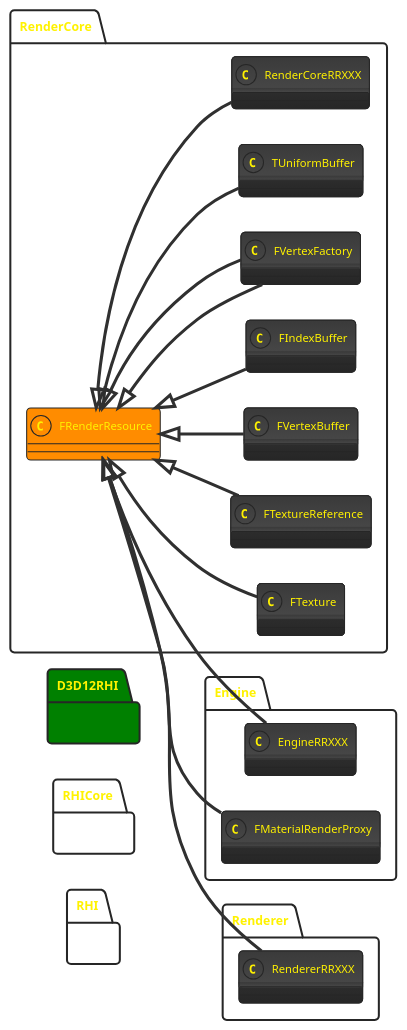
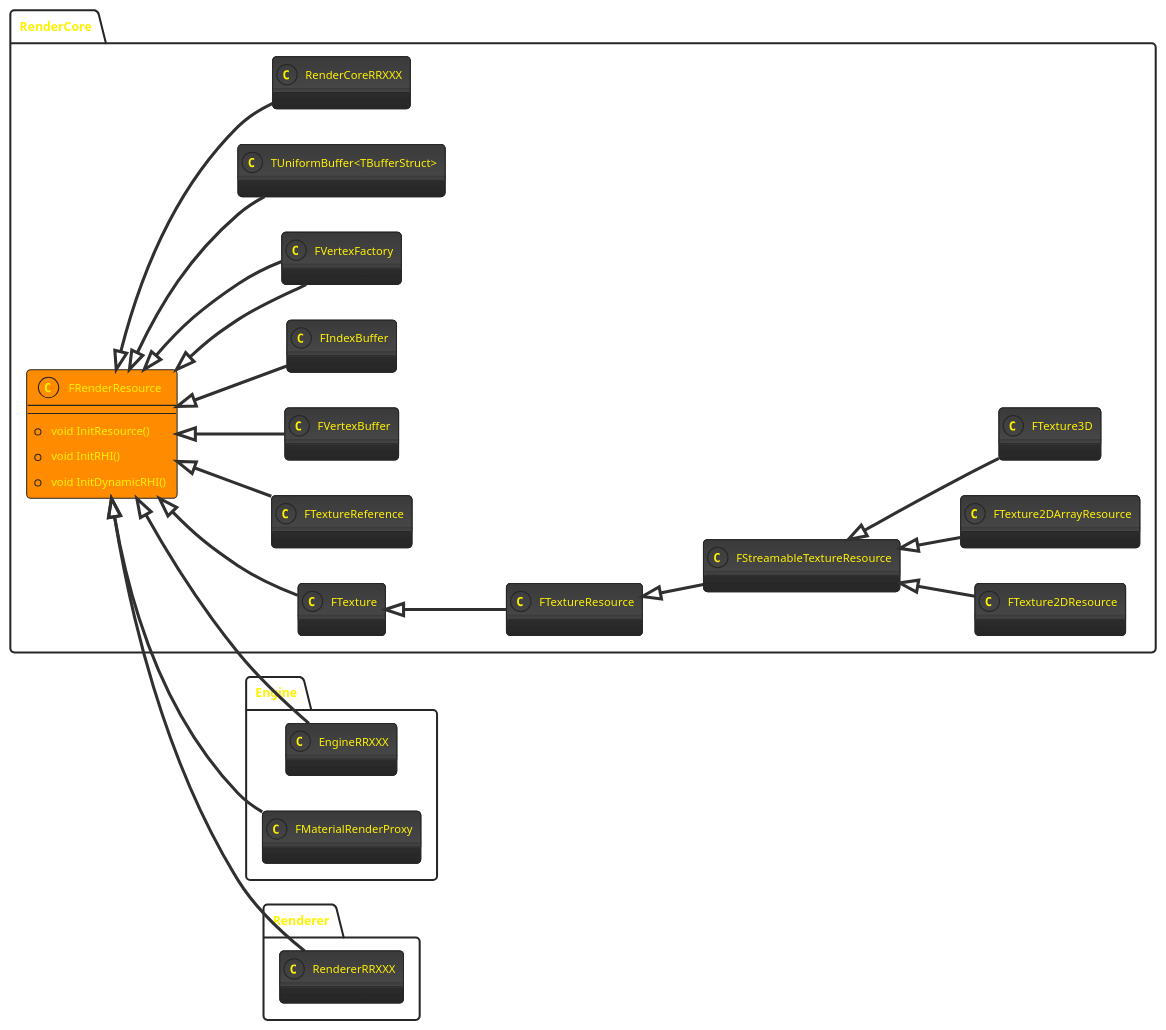
Before and after one commit to yuanlin2008/Notes: the diagram in FRenderResource.md, drawn with PlantUML. The commit also changed other lines of this file and 1 other file, not shown here.

````diff
--- a/FRenderResource.md
+++ b/FRenderResource.md
@@ -1,38 +1,38 @@
 ```puml
 left to right direction
 !theme black-knight
 
 package RenderCore{
-	class FRenderResource #darkorange
+	class FRenderResource #darkorange {
+		+void InitResource()
+		+void InitRHI()
+		+void InitDynamicRHI()
+	}
 	FRenderResource<|--FTexture
+	FTexture<|--FTextureResource
+	FTextureResource<|--FStreamableTextureResource
+	FStreamableTextureResource<|--FTexture2DResource
+	FStreamableTextureResource<|--FTexture2DArrayResource
+	FStreamableTextureResource<|--FTexture3D
 	FRenderResource<|--FTextureReference
 	FRenderResource<|--FVertexBuffer
 	FRenderResource<|--FIndexBuffer
 	FRenderResource<|--FVertexFactory
 	FRenderResource<|--FVertexFactory
-	FRenderResource<|--TUniformBuffer
+	FRenderResource<|--"TUniformBuffer<TBufferStruct>"
 }
 
 package Engine {
 	FRenderResource<|-- EngineRRXXX
 	FRenderResource<|--FMaterialRenderProxy
-}
-
-package RHI{
-}
-
-package RHICore{
 }
 
 package RenderCore{
 	FRenderResource<|-- RenderCoreRRXXX
 }
 
 package Renderer{
 	FRenderResource<|-- RendererRRXXX
 }
 
-package D3D12RHI #green{
-}
-
 ```
````
